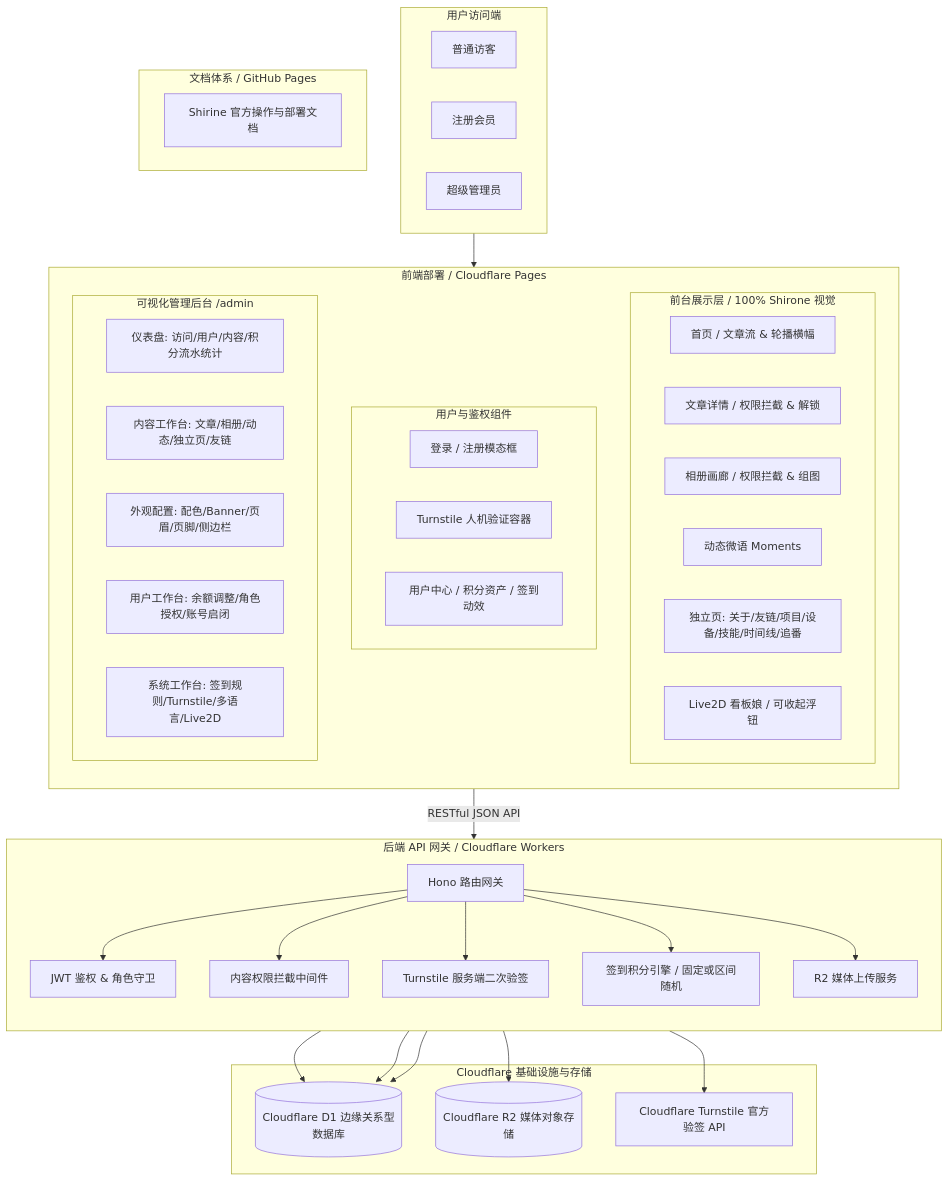
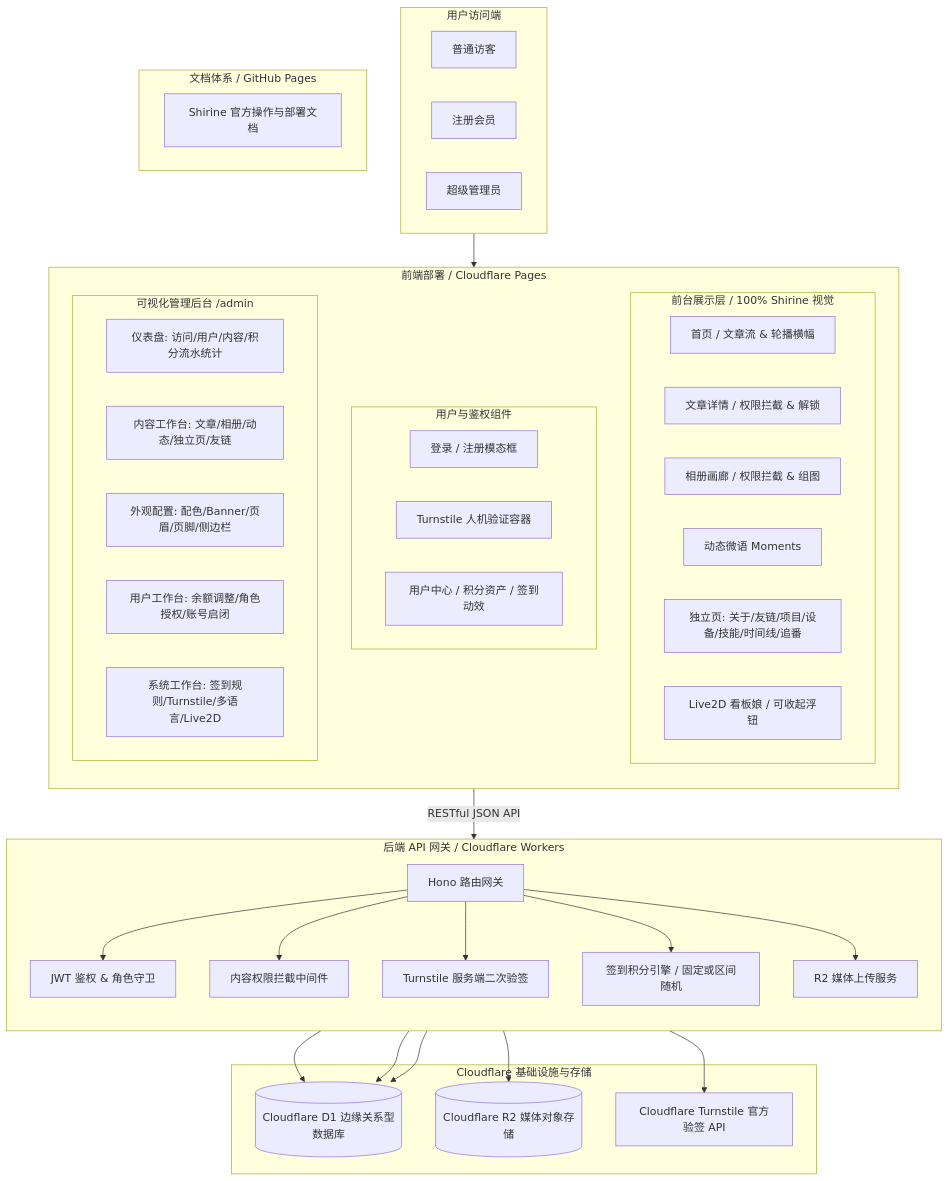
The first of 3 diagrams in PLAN.md (yiran168/Shirine), drawn with Mermaid before and after one commit. The commit also changed other lines of this file and 5 other files, not shown here.

````diff
--- a/PLAN.md
+++ b/PLAN.md
@@ -42,59 +42,59 @@
 ```mermaid
 flowchart TB
     subgraph Users [用户访问端]
         Visitor[普通访客]
         User[注册会员]
         Admin[超级管理员]
     end
 
     subgraph ClientPages [前端部署 / Cloudflare Pages]
         direction TB
-        subgraph FrontView [前台展示层 / 100% Shirone 视觉]
+        subgraph FrontView [前台展示层 / 100% Shirine 视觉]
             HomePage[首页 / 文章流 & 轮播横幅]
             PostDetail[文章详情 / 权限拦截 & 解锁]
             AlbumView[相册画廊 / 权限拦截 & 组图]
             MomentsPage[动态微语 Moments]
             StandalonePages[独立页: 关于/友链/项目/设备/技能/时间线/追番]
             Live2DWidget[Live2D 看板娘 / 可收起浮钮]
         end
         subgraph AuthUI [用户与鉴权组件]
             AuthModal[登录 / 注册模态框]
             TurnstileBox[Turnstile 人机验证容器]
             UserDrawer[用户中心 / 积分资产 / 签到动效]
         end
         subgraph AdminDashboard [可视化管理后台 /admin]
             DashHome[仪表盘: 访问/用户/内容/积分流水统计]
             ContentAdmin[内容工作台: 文章/相册/动态/独立页/友链]
             LayoutAdmin[外观配置: 配色/Banner/页眉/页脚/侧边栏]
             UserAdmin[用户工作台: 余额调整/角色授权/账号启闭]
             SystemAdmin[系统工作台: 签到规则/Turnstile/多语言/Live2D]
         end
     end
 
     subgraph ServerWorkers [后端 API 网关 / Cloudflare Workers]
         direction TB
         Router[Hono 路由网关]
         AuthMW[JWT 鉴权 & 角色守卫]
         PermMW[内容权限拦截中间件]
         R2Service[R2 媒体上传服务]
         TurnstileVerify[Turnstile 服务端二次验签]
         CheckinEngine[签到积分引擎 / 固定或区间随机]
     end
 
     subgraph CloudflareCloud [Cloudflare 基础设施与存储]
         D1[(Cloudflare D1 边缘关系型数据库)]
         R2[(Cloudflare R2 媒体对象存储)]
         CFTurnstile[Cloudflare Turnstile 官方验签 API]
     end
 
     subgraph DocsEngine [文档体系 / GitHub Pages]
         VitePressDocs[Shirine 官方操作与部署文档]
     end
 
     Users --> ClientPages
     ClientPages -->|RESTful JSON API| Router
     Router --> AuthMW & PermMW & TurnstileVerify & CheckinEngine & R2Service
     AuthMW & PermMW & CheckinEngine --> D1
     R2Service --> R2
     TurnstileVerify --> CFTurnstile
 ```
````
